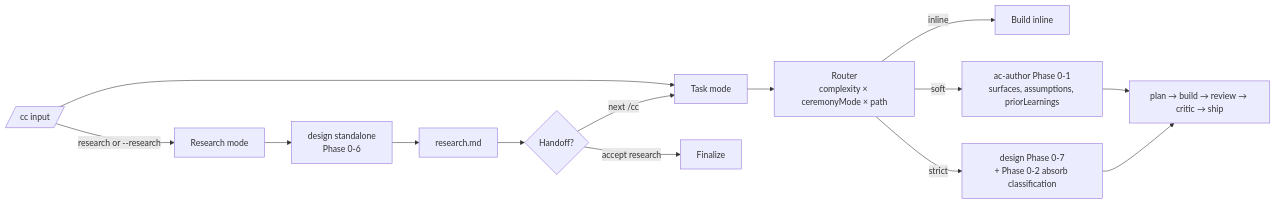
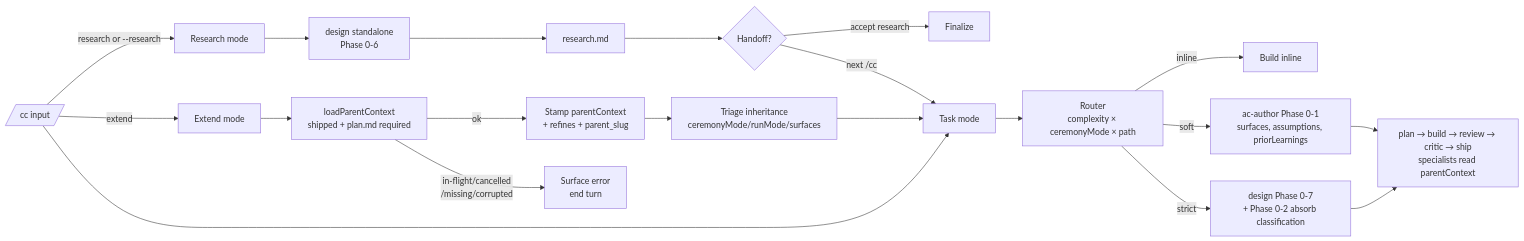
One commit to zuevrs/cclaw changed the diagram in README.md. Above: the diagram before and after it, drawn with Mermaid. The commit also changed other lines of this file and 17 other files, not shown here.

````diff
--- a/README.md
+++ b/README.md
@@ -77,18 +98,25 @@
 ```mermaid
 flowchart LR
     A[/cc input/] -->|"research <topic>" or --research| R[Research mode]
+    A -->|"extend <slug> <task>"| E[Extend mode]
     A -->|"<task>"| T[Task mode]
 
     R --> D1[design standalone<br/>Phase 0-6]
     D1 --> RM["research.md"]
     RM --> H{Handoff?}
     H -->|"accept research"| END[Finalize]
     H -->|next /cc| T
 
+    E --> LC[loadParentContext<br/>shipped + plan.md required]
+    LC -->|ok| EI[Stamp parentContext<br/>+ refines + parent_slug]
+    EI --> EHE[Triage inheritance<br/>ceremonyMode/runMode/surfaces]
+    EHE --> T
+    LC -->|in-flight/cancelled<br/>/missing/corrupted| EERR[Surface error<br/>end turn]
+
     T --> RT[Router<br/>complexity × ceremonyMode × path]
     RT -->|inline| INL[Build inline]
     RT -->|soft| PL[ac-author Phase 0-1<br/>surfaces, assumptions, priorLearnings]
     RT -->|strict| DS[design Phase 0-7<br/>+ Phase 0-2 absorb classification]
-    PL --> BD[plan → build → review → critic → ship]
+    PL --> BD[plan → build → review → critic → ship<br/>specialists read parentContext]
     DS --> BD
 ```
````
